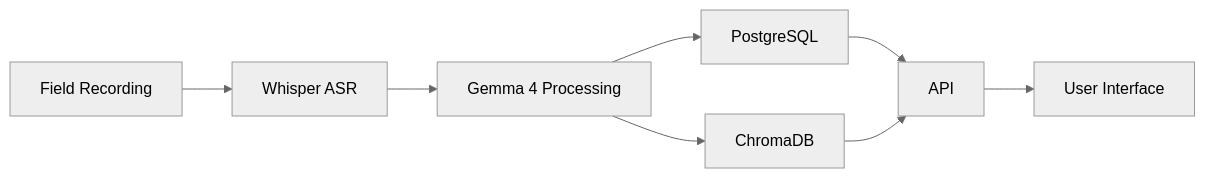
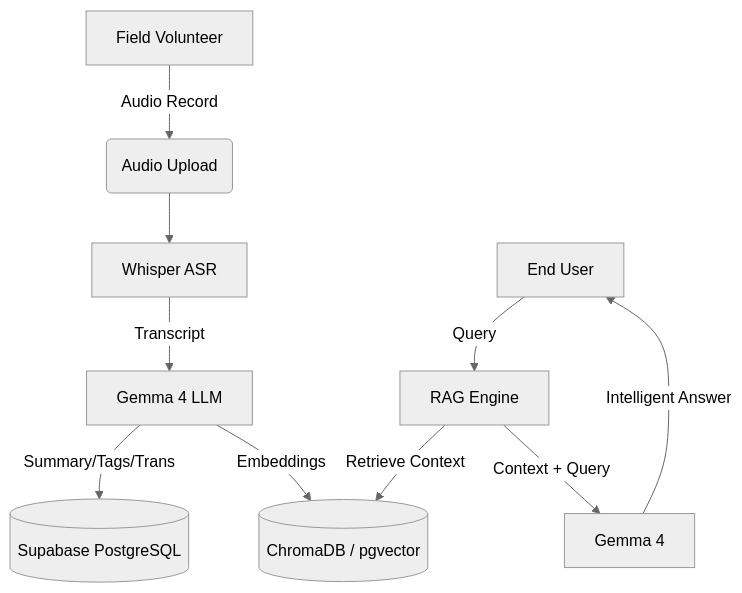
The first of 3 diagrams in docs/README.md (Subhadip-Paul2006/LokKatha-AI), drawn with Mermaid (neutral theme) before and after one commit. The commit also changed other lines of this file and 5 other files, not shown here.

````diff
--- a/docs/README.md
+++ b/docs/README.md
@@ -15,10 +29,12 @@
 ```mermaid
-graph LR
-    A[Field Recording] --> B[Whisper ASR]
-    B --> C[Gemma 4 Processing]
-    C --> D[PostgreSQL]
-    C --> E[ChromaDB]
-    D --> F[API]
-    E --> F
-    F --> G[User Interface]
+graph TD
+    A[Field Volunteer] -->|Audio Record| B(Audio Upload)
+    B --> C[Whisper ASR]
+    C -->|Transcript| D[Gemma 4 LLM]
+    D -->|Summary/Tags/Trans| E[(Supabase PostgreSQL)]
+    D -->|Embeddings| F[(ChromaDB / pgvector)]
+    G[End User] -->|Query| H[RAG Engine]
+    H -->|Retrieve Context| F
+    H -->|Context + Query| I[Gemma 4]
+    I -->|Intelligent Answer| G
 ```
````
